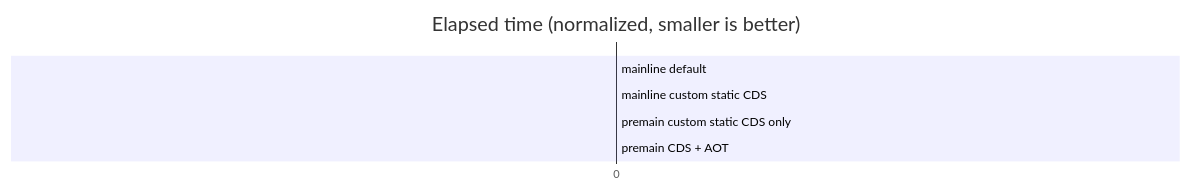
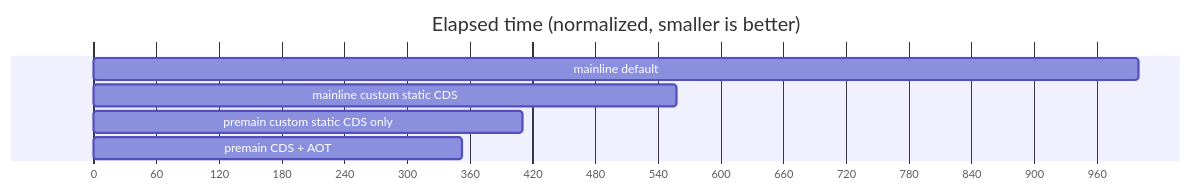
One commit to openjdk/leyden changed the second of 4 diagrams in test/hotspot/jtreg/premain/README.md. Above: the diagram before and after it, drawn with Mermaid. The commit also changed other lines of this file, not shown here.

Commit message:
Fixed graphs in MD file

````diff
--- a/test/hotspot/jtreg/premain/README.md
+++ b/test/hotspot/jtreg/premain/README.md
@@ -63,12 +63,12 @@
 ```mermaid
 gantt
     title Elapsed time (normalized, smaller is better)
     todayMarker off
     dateFormat  X
     axisFormat %s
 
-    mainline default   : 0, 1.00000
-    mainline custom static CDS   : 0, 0.55835
-    premain custom static CDS only   : 0, 0.41092
-    premain CDS + AOT   : 0, 0.35389
+    mainline default   : 0, 1000
+    mainline custom static CDS   : 0, 558
+    premain custom static CDS only   : 0, 410
+    premain CDS + AOT   : 0, 353
 ```
````
